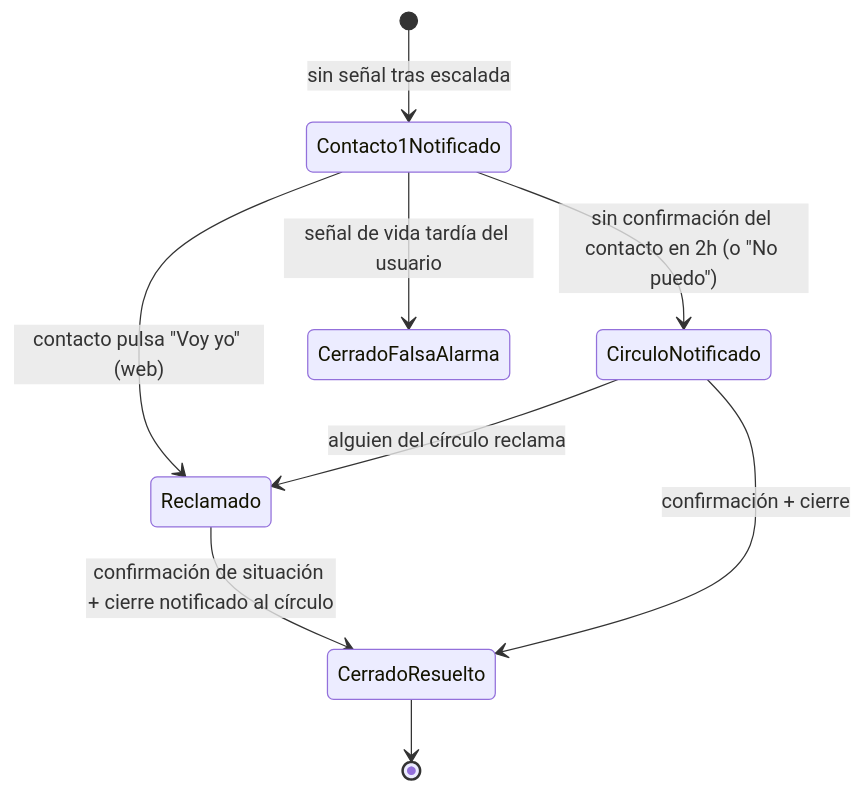
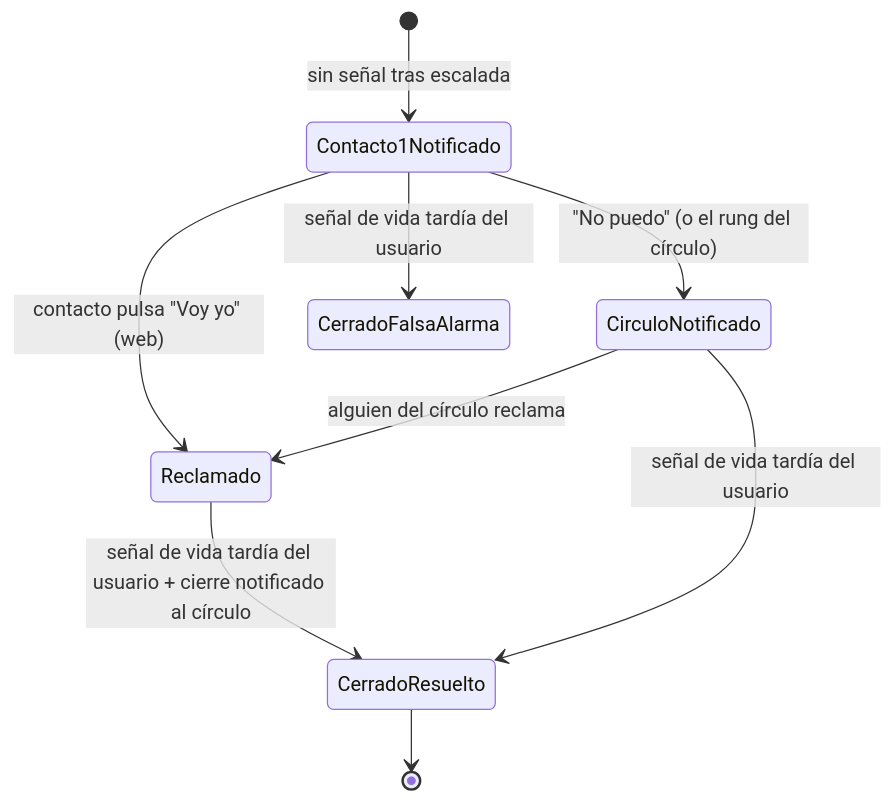
One commit to tiagofur/imalive changed the second of 2 diagrams in docs/arquitectura/motor-escalada.md. Above: the diagram before and after it, drawn with Mermaid. The commit also changed other lines of this file and 7 other files, not shown here.

````diff
--- a/docs/arquitectura/motor-escalada.md
+++ b/docs/arquitectura/motor-escalada.md
@@ -36,11 +36,11 @@
 ```mermaid
 stateDiagram-v2
     [*] --> Contacto1Notificado: sin señal tras escalada
     Contacto1Notificado --> Reclamado: contacto pulsa "Voy yo" (web)
-    Contacto1Notificado --> CirculoNotificado: sin confirmación del contacto en 2h (o "No puedo")
-    Reclamado --> CerradoResuelto: confirmación de situación + cierre notificado al círculo
+    Contacto1Notificado --> CirculoNotificado: "No puedo" (o el rung del círculo)
+    Reclamado --> CerradoResuelto: señal de vida tardía del usuario + cierre notificado al círculo
     CirculoNotificado --> Reclamado: alguien del círculo reclama
-    CirculoNotificado --> CerradoResuelto: confirmación + cierre
+    CirculoNotificado --> CerradoResuelto: señal de vida tardía del usuario
     CerradoResuelto --> [*]
     Contacto1Notificado --> CerradoFalsaAlarma: señal de vida tardía del usuario
 ```
````
